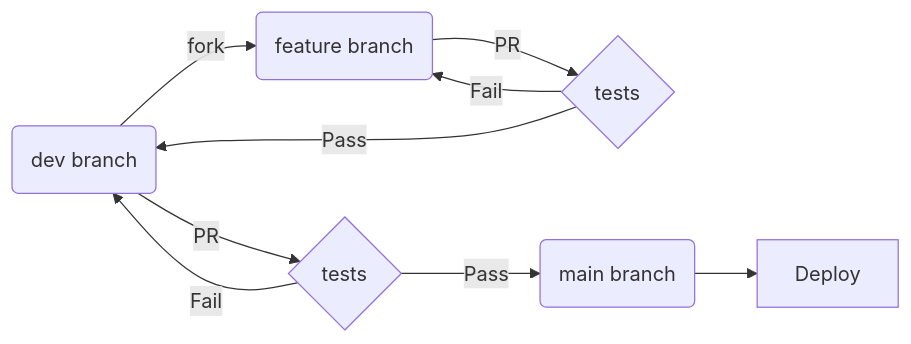
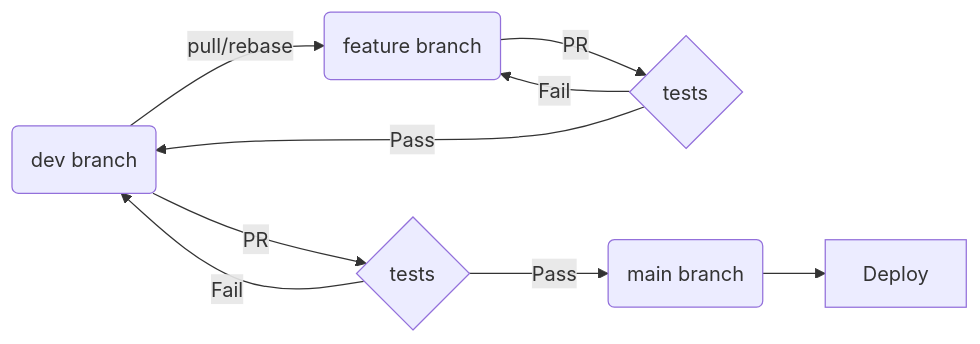
One commit to SaitoTech/wiki changed the diagram in tech/building_apps/dev_workflow.md. Above: the diagram before and after it, drawn with Mermaid. The commit also changed other lines of this file, not shown here.

Commit message:
docs: update tech/building_apps/dev_workflow

````diff
--- a/tech/building_apps/dev_workflow.md
+++ b/tech/building_apps/dev_workflow.md
@@ -16,11 +16,11 @@
 ```mermaid
 flowchart LR;
-   A(dev branch) -- fork --> B(feature branch);
+   A(dev branch) -- pull/rebase --> B(feature branch);
    B -- PR --> C{tests};
    C -- Fail --> B;
    C -- Pass --> A;
    A -- PR --> D{tests};
    D -- Pass --> E(main branch);
    D -- Fail --> A;
    E --> F[Deploy]
 ```
````
